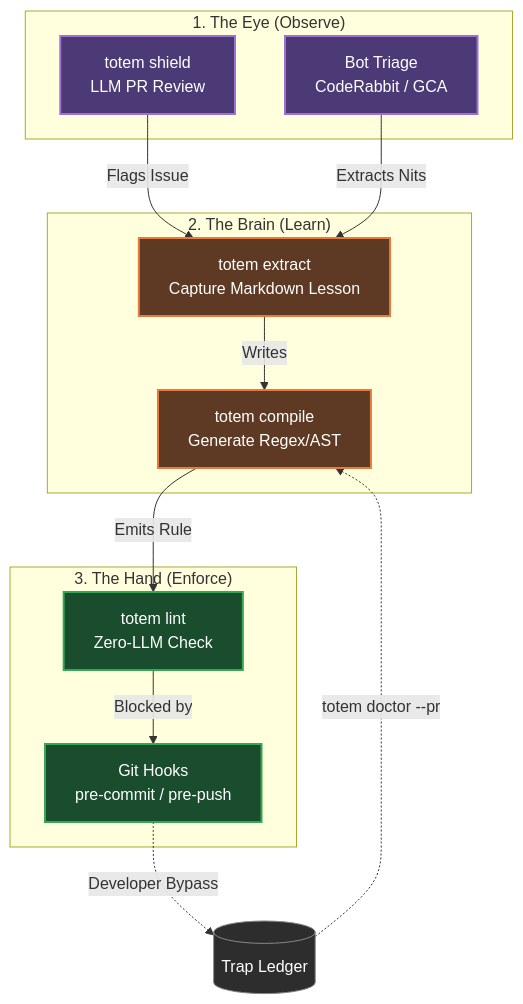
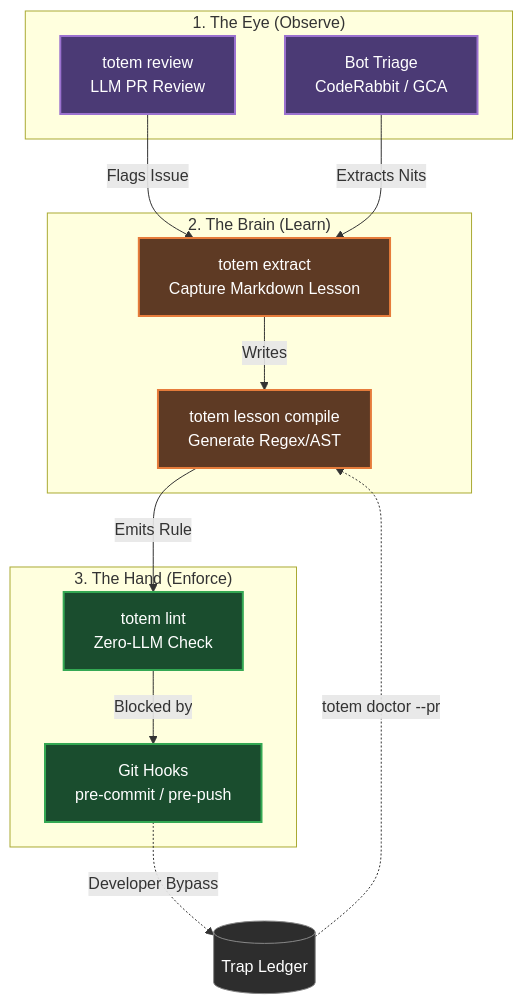
Before and after one commit to mmnto-ai/totem: the first of 4 diagrams in docs/reference/architecture-diagram.md, drawn with Mermaid. The commit also changed other lines of this file and 47 other files, not shown here.

````diff
--- a/docs/reference/architecture-diagram.md
+++ b/docs/reference/architecture-diagram.md
@@ -13,35 +13,35 @@
 ```mermaid
 graph TD
     %% Define Styles
     classDef observe fill:#4b3a75,stroke:#9b72cf,stroke-width:2px,color:#fff
     classDef learn fill:#5e3a24,stroke:#e67c3b,stroke-width:2px,color:#fff
     classDef enforce fill:#1a4d2e,stroke:#34a853,stroke-width:2px,color:#fff
     classDef core fill:#2d2d2d,stroke:#888,stroke-width:1px,color:#fff
 
     %% The Flywheel
     subgraph "1. The Eye (Observe)"
-        Shield[totem shield<br/>LLM PR Review]:::observe
+        Shield[totem review<br/>LLM PR Review]:::observe
         Triage[Bot Triage<br/>CodeRabbit / GCA]:::observe
     end
 
     subgraph "2. The Brain (Learn)"
         Extract[totem extract<br/>Capture Markdown Lesson]:::learn
-        Compile[totem compile<br/>Generate Regex/AST]:::learn
+        Compile[totem lesson compile<br/>Generate Regex/AST]:::learn
     end
 
     subgraph "3. The Hand (Enforce)"
         Lint[totem lint<br/>Zero-LLM Check]:::enforce
         Hooks[Git Hooks<br/>pre-commit / pre-push]:::enforce
     end
 
     %% Connections
     Shield -->|Flags Issue| Extract
     Triage -->|Extracts Nits| Extract
     Extract -->|Writes| Compile
     Compile -->|Emits Rule| Lint
     Lint -->|Blocked by| Hooks
 
     %% The Self-Healing Path
     Hooks -.->|Developer Bypass| Ledger[(Trap Ledger)]:::core
     Ledger -.->|totem doctor --pr| Compile
 ```
````
